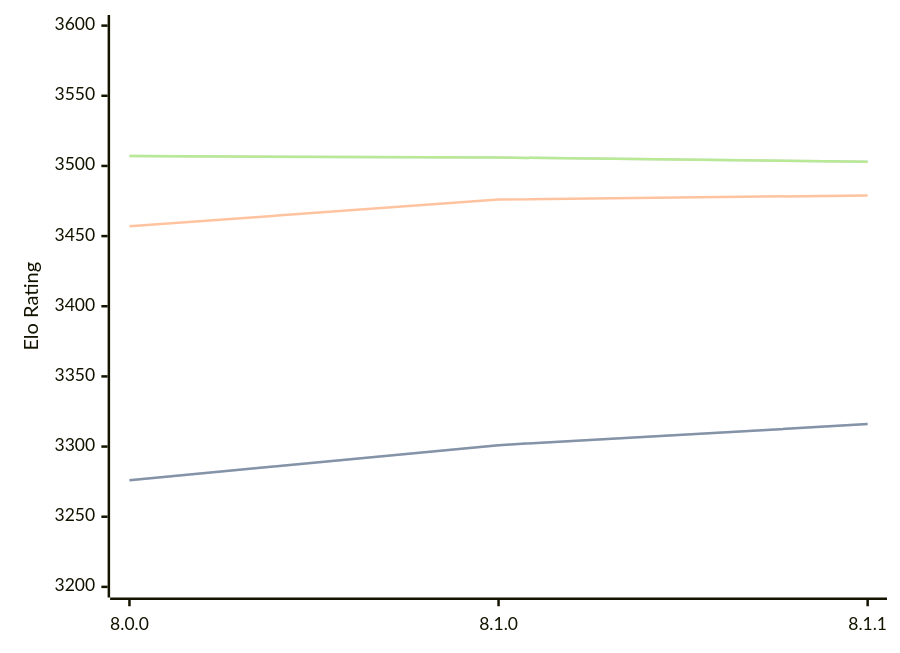
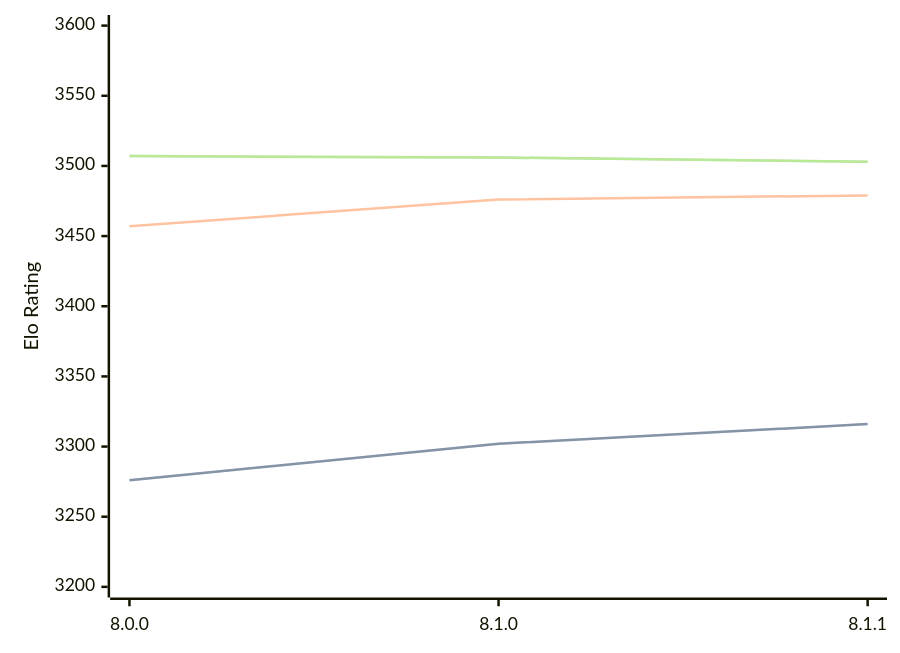
The diagram in engines/Velvet.md (computer-chess-index/cci), drawn with Mermaid before and after one commit. The commit also changed other lines of this file, not shown here.

````diff
--- a/engines/Velvet.md
+++ b/engines/Velvet.md
@@ -55,11 +55,11 @@
 ```mermaid
 %%{init: {"theme":"base","themeVariables":{"seriesColors:['#a3a3a3','#222221','#faa371']}}}%%
 xychart-beta
   x-axis ["8.0.0", "8.1.0", "8.1.1"]
   y-axis "Elo Rating" 3200 --> 3600
-  line "STC (8.0+0.08s)" [3276, 3301, 3316]
-  line "STC (8.0+0.08s)" [3276, 3301, 3316]
+  line "STC (8.0+0.08s)" [3276, 3302, 3316]
+  line "STC (8.0+0.08s)" [3276, 3302, 3316]
   line "LTC (60.0+0.60s)" [3457, 3476, 3479]
   line "VLTC (2m24s+1.12s)" [3507, 3506, 3503]
   line "VLTC (2m24s+1.12s)" [3507, 3506, 3503]
 ```
````
